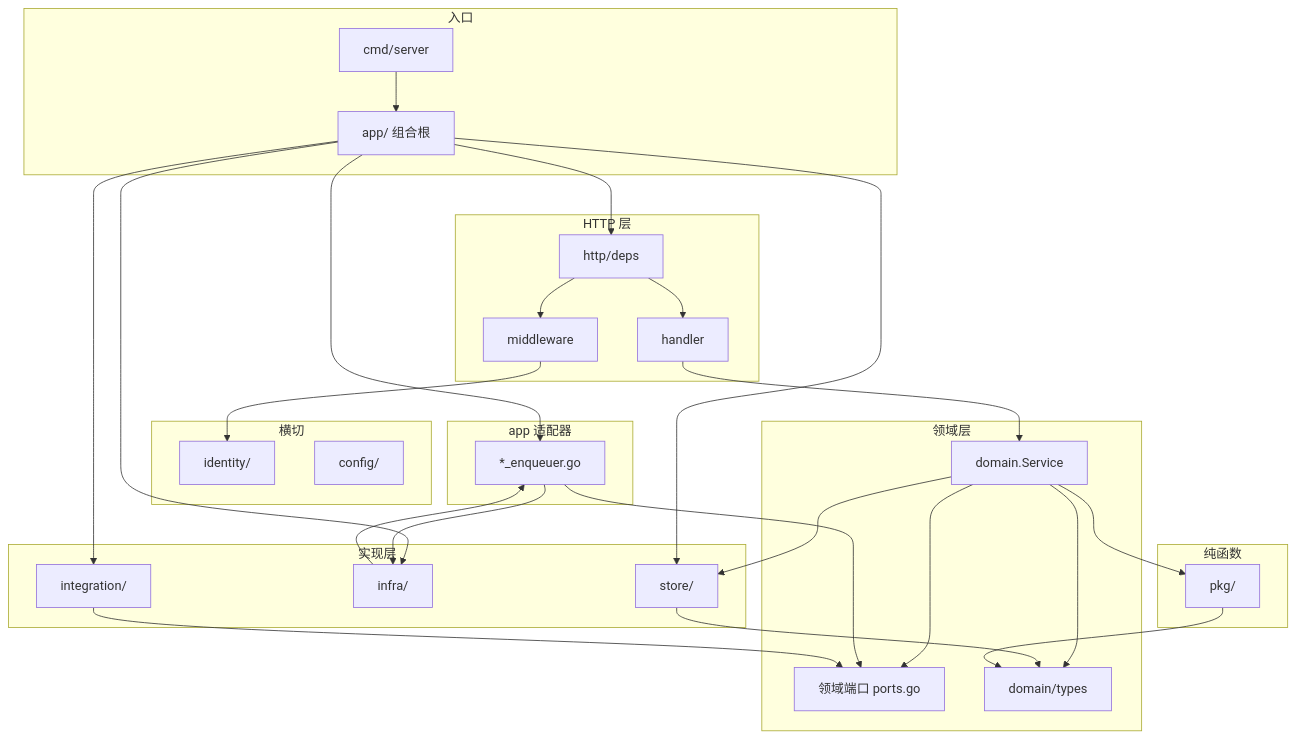
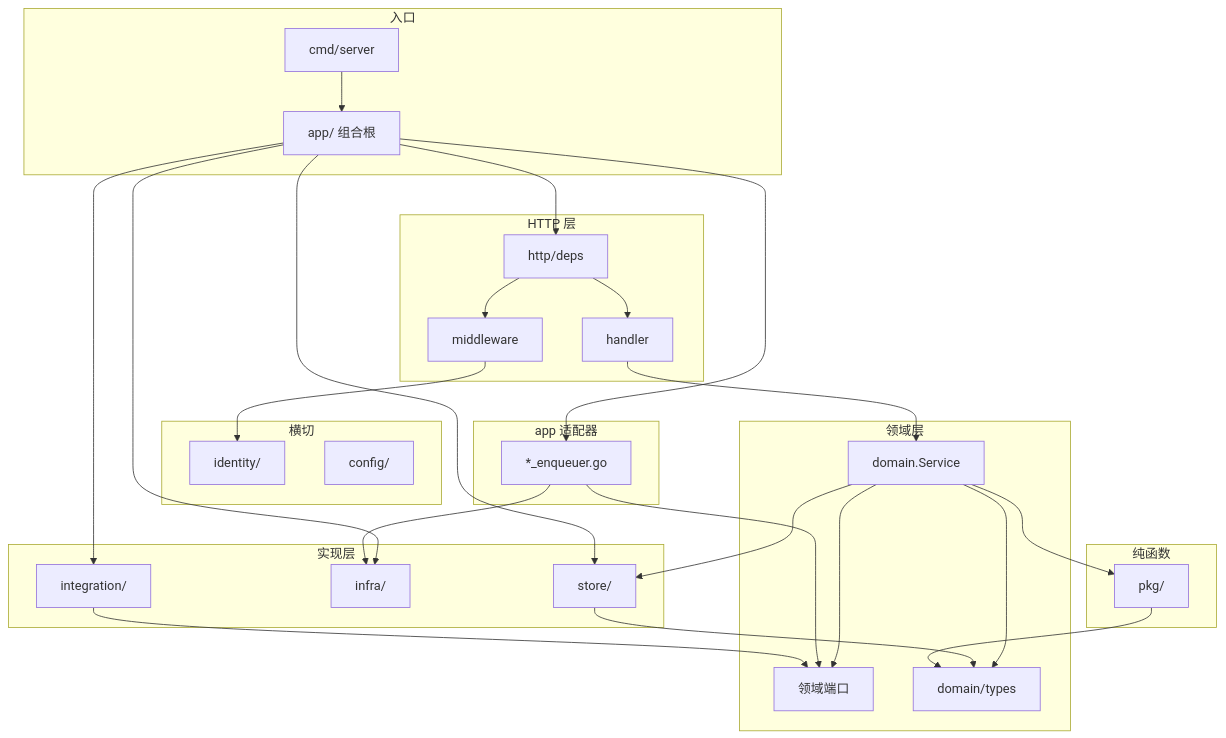
Before and after one commit to quyip8818/mytokenjoy: the diagram in docs/Backend-结构优化.md, drawn with Mermaid. The commit also changed other lines of this file and 20 other files, not shown here.

````diff
--- a/docs/Backend-结构优化.md
+++ b/docs/Backend-结构优化.md
@@ -57,53 +63,52 @@
 ```mermaid
 flowchart TB
   subgraph entry [入口]
     CMD[cmd/server]
     APP[app/ 组合根]
   end
   subgraph http [HTTP 层]
     DEPS[http/deps]
     MW[middleware]
     H[handler]
   end
   subgraph cross [横切]
     ID[identity/]
     CFG[config/]
   end
   subgraph domain [领域层]
     SVC[domain.Service]
-    PORT[领域端口 ports.go]
+    PORT[领域端口]
     TYPES[domain/types]
   end
   subgraph adapters [app 适配器]
     EQ[*_enqueuer.go]
   end
   subgraph impl [实现层]
     ST[store/]
     INFRA[infra/]
     INT[integration/]
   end
   subgraph pure [纯函数]
     PKG[pkg/]
   end
 
   CMD --> APP
   APP --> DEPS
   APP --> EQ
   APP --> INFRA
   APP --> INT
   APP --> ST
   DEPS --> H
   DEPS --> MW
   MW --> ID
   H --> SVC
   SVC --> PORT
   SVC --> ST
   SVC --> PKG
   SVC --> TYPES
   EQ --> PORT
   EQ --> INFRA
-  INFRA --> EQ
   INT --> PORT
   ST --> TYPES
   PKG --> TYPES
 ```
````
